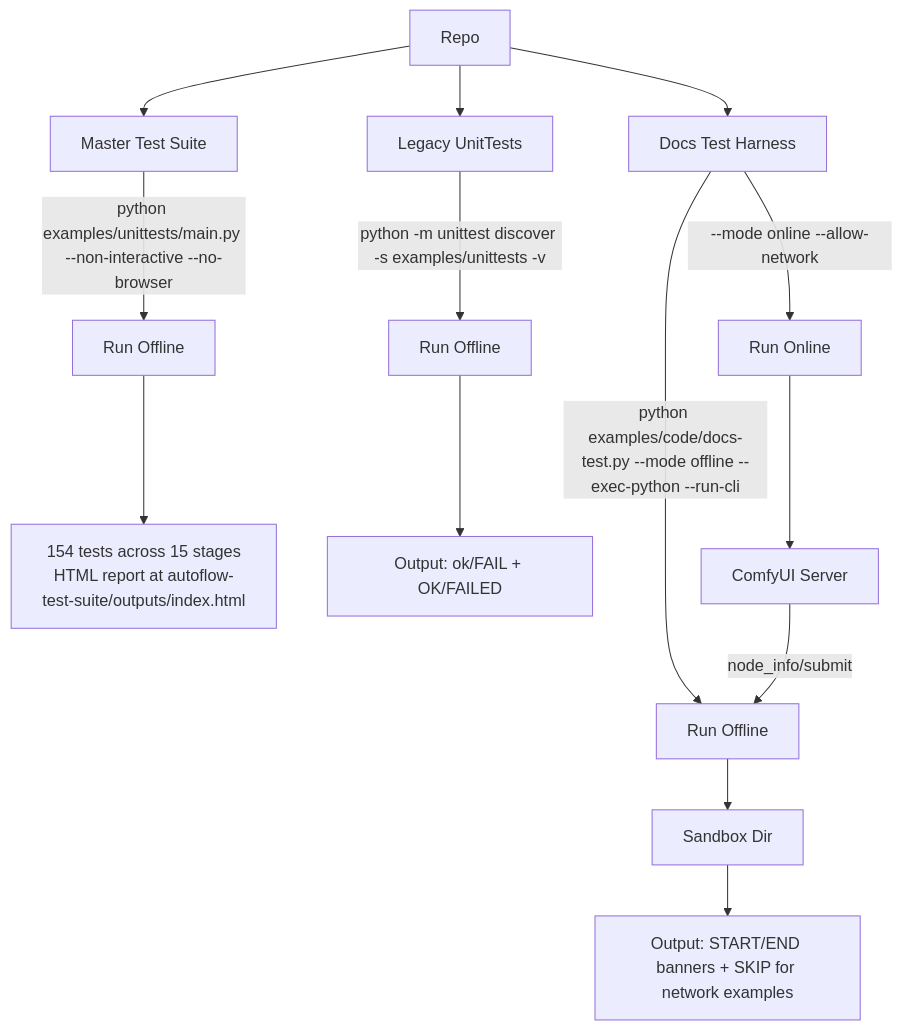
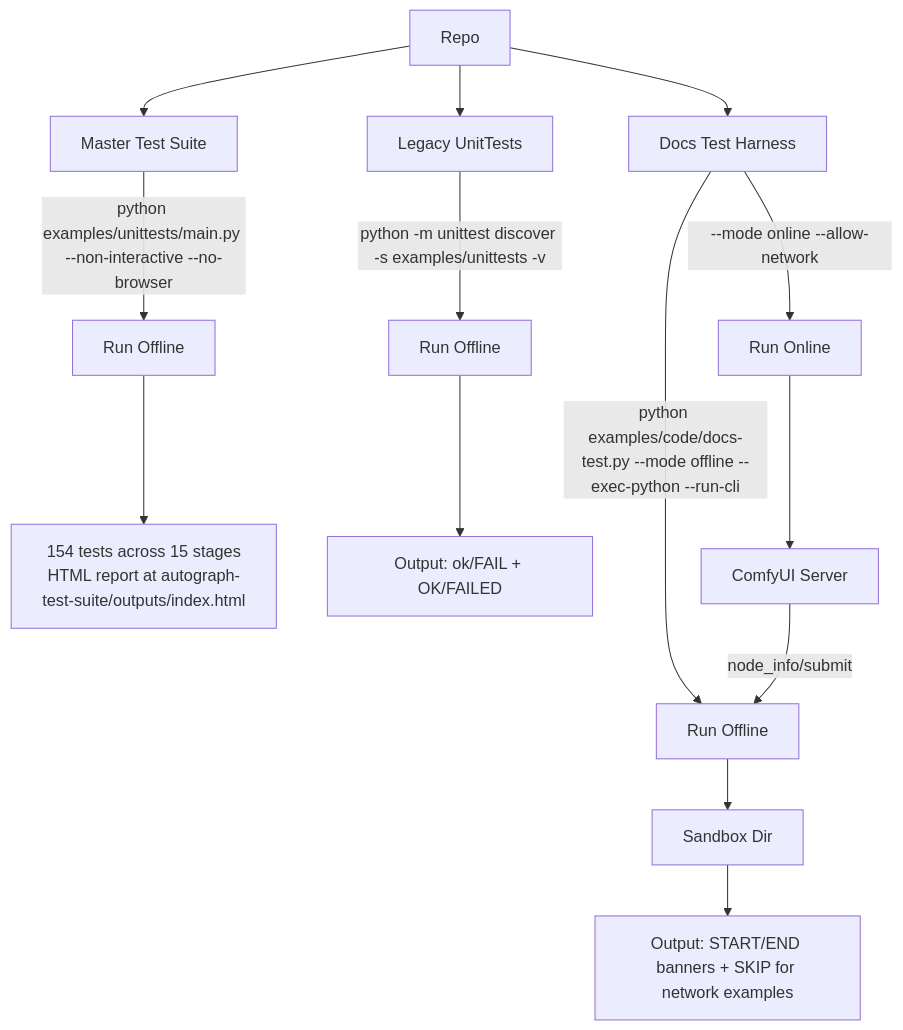
Before and after one commit to chrisdreid/comfyui-autoflow: the diagram in docs/contributing-tests.md, drawn with Mermaid. The commit also changed 21 other files, not shown here.

Commit message:
docs: rename all autoflow references to autograph in markdown docs, remove deprecation banner

````diff
--- a/docs/contributing-tests.md
+++ b/docs/contributing-tests.md
@@ -5,20 +5,20 @@
 ```mermaid
 flowchart TD
   repo[Repo] --> master[Master Test Suite]
   repo --> unit[Legacy UnitTests]
   repo --> docs[Docs Test Harness]
 
   master -->|"python examples/unittests/main.py --non-interactive --no-browser"| masterRun[Run Offline]
-  masterRun --> masterOut["154 tests across 15 stages<br/>HTML report at autoflow-test-suite/outputs/index.html"]
+  masterRun --> masterOut["154 tests across 15 stages<br/>HTML report at autograph-test-suite/outputs/index.html"]
 
   unit -->|"python -m unittest discover -s examples/unittests -v"| unitRun[Run Offline]
   unitRun --> unitOut["Output: ok/FAIL + OK/FAILED"]
 
   docs -->|"python examples/code/docs-test.py --mode offline --exec-python --run-cli"| docsRun[Run Offline]
   docsRun --> docsSandbox[Sandbox Dir]
   docsSandbox --> docsOut["Output: START/END banners + SKIP for network examples"]
 
   docs -->|"--mode online --allow-network"| docsOnline[Run Online]
   docsOnline --> comfyServer[ComfyUI Server]
   comfyServer -->|"node_info/submit"| docsRun
 ```
````
